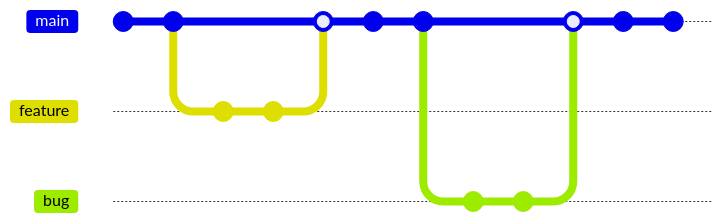
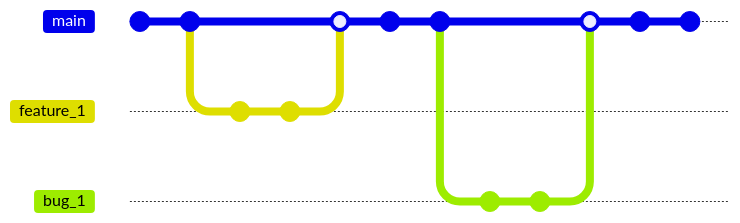
The third of 3 diagrams in Doc/Rendszerterv.md (csicsi2000/kozos_beadando), drawn with Mermaid before and after one commit. The commit also changed other lines of this file, not shown here. Commit ids are hidden.

````diff
--- a/Doc/Rendszerterv.md
+++ b/Doc/Rendszerterv.md
@@ -203,21 +194,21 @@
 ```mermaid
 gitGraph
     commit
     commit
-    branch feature
-    checkout feature
+    branch feature_1
+    checkout feature_1
     commit
     commit
     checkout main
-    merge feature
+    merge feature_1
     commit
     commit
-    branch bug
-    checkout bug
+    branch bug_1
+    checkout bug_1
     commit
     commit
     checkout main
-    merge bug
+    merge bug_1
     commit
     commit
 ```
````
